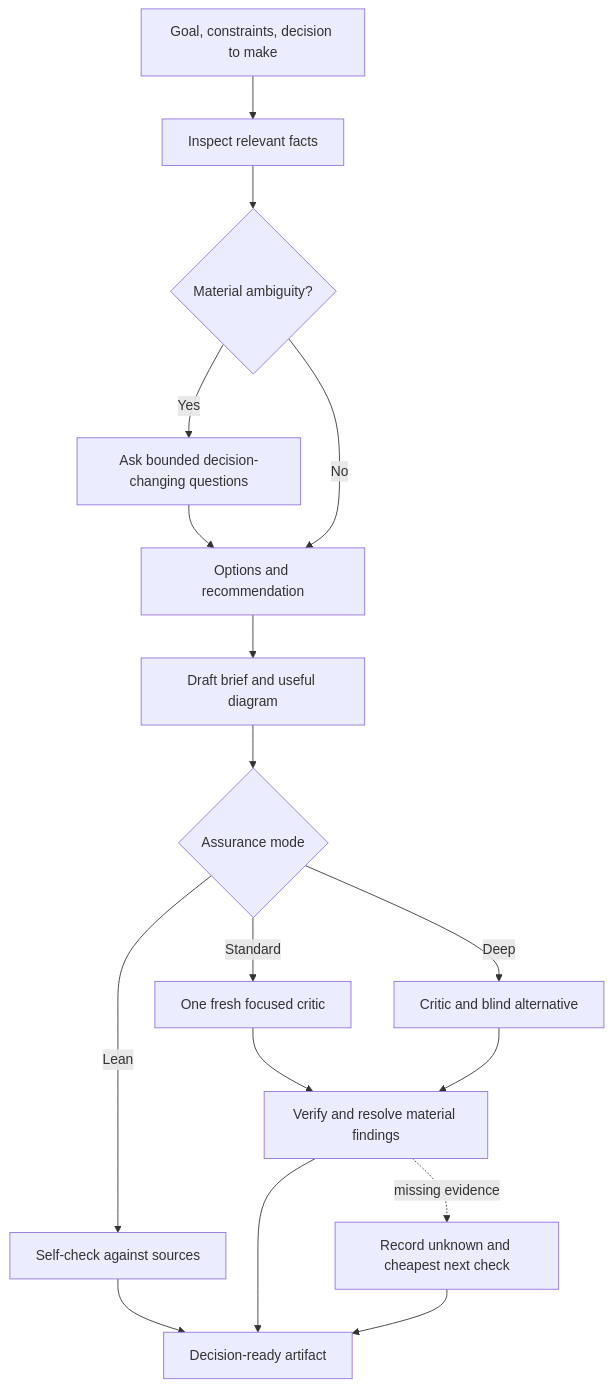
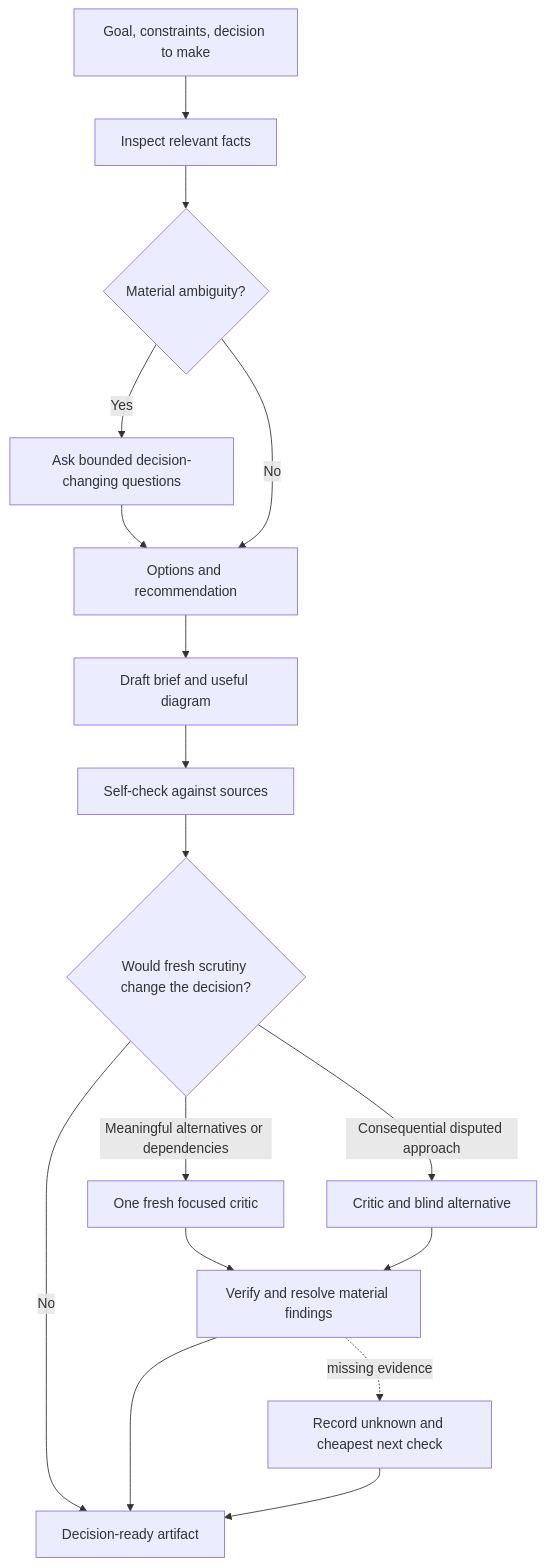
One commit to hardworker/agentic-toolkit changed the diagram in docs/planning-research/skill-proposal.md. Above: the diagram before and after it, drawn with Mermaid. The commit also changed other lines of this file and 9 other files, not shown here.

````diff
--- a/docs/planning-research/skill-proposal.md
+++ b/docs/planning-research/skill-proposal.md
@@ -29,19 +30,19 @@
 ```mermaid
 flowchart TD
     A[Goal, constraints, decision to make] --> B[Inspect relevant facts]
     B --> C{Material ambiguity?}
     C -->|Yes| Q[Ask bounded decision-changing questions]
     Q --> D[Options and recommendation]
     C -->|No| D
     D --> E[Draft brief and useful diagram]
-    E --> F{Assurance mode}
-    F -->|Lean| L[Self-check against sources]
-    F -->|Standard| S[One fresh focused critic]
-    F -->|Deep| H[Critic and blind alternative]
+    E --> L[Self-check against sources]
+    L --> F{Would fresh scrutiny change the decision?}
+    F -->|Meaningful alternatives or dependencies| S[One fresh focused critic]
+    F -->|Consequential disputed approach| H[Critic and blind alternative]
     S --> V[Verify and resolve material findings]
     H --> V
-    L --> R[Decision-ready artifact]
+    F -->|No| R[Decision-ready artifact]
     V --> R
     V -. missing evidence .-> U[Record unknown and cheapest next check]
     U --> R
 ```
````
